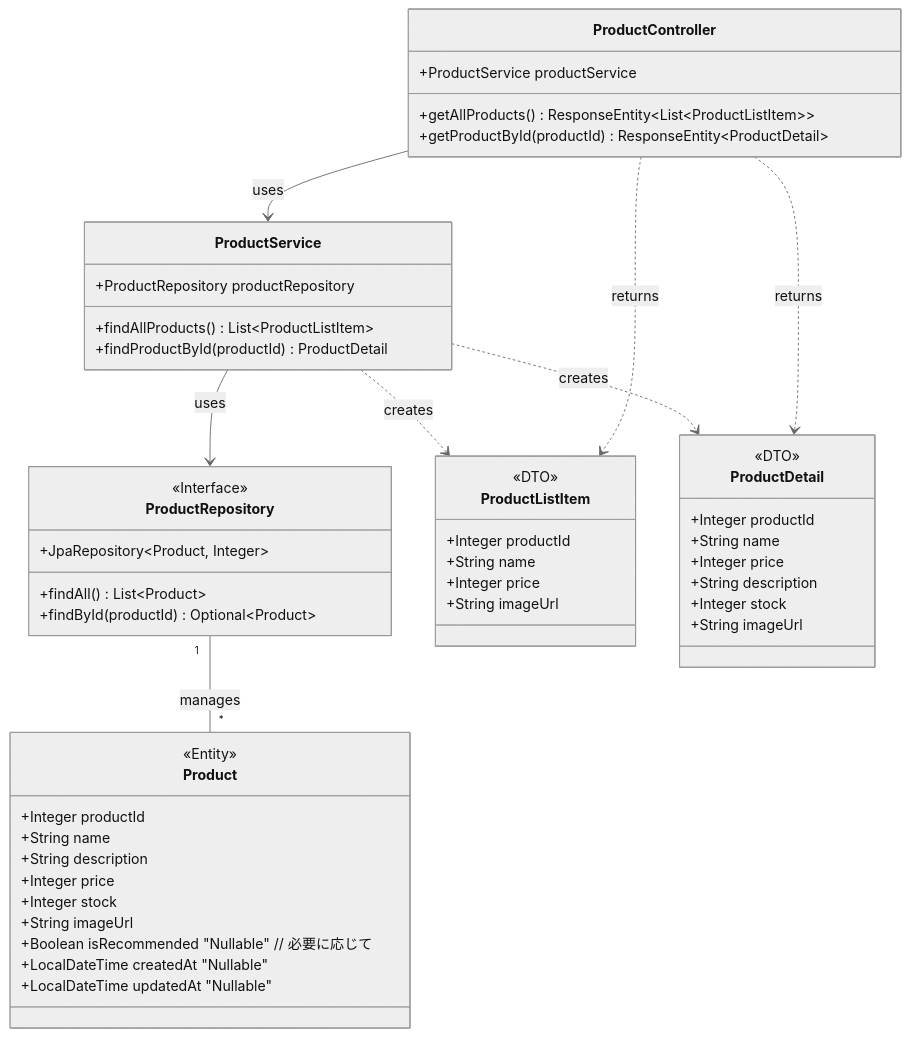
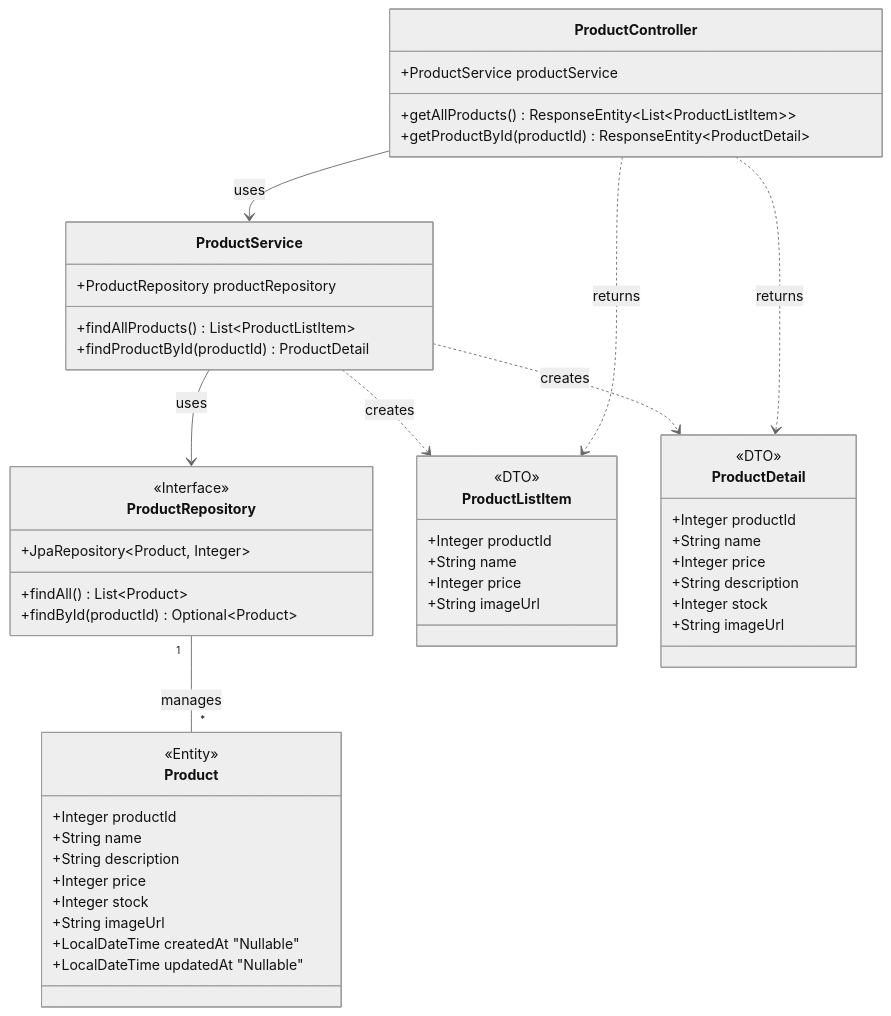
The eighth of 12 diagrams in 詳細設計書/詳細設計書.md (Rikumt12/Popcorn), drawn with Mermaid (neutral theme) before and after one commit.

Commit message:
山下

````diff
--- a/詳細設計書/詳細設計書.md
+++ b/詳細設計書/詳細設計書.md
@@ -358,55 +358,54 @@
 ```mermaid
 classDiagram
     class ProductController {
         +ProductService productService
         +getAllProducts() ResponseEntity~List~ProductListItem~~
         +getProductById(productId) ResponseEntity~ProductDetail~
     }
     class ProductService {
         +ProductRepository productRepository
         +findAllProducts() List~ProductListItem~
         +findProductById(productId) ProductDetail
     }
     class ProductRepository {
         <<Interface>>
         +JpaRepository~Product, Integer~
         +findAll() List~Product~
         +findById(productId) Optional~Product~
     }
     class Product {
         <<Entity>>
         +Integer productId
         +String name
         +String description
         +Integer price
         +Integer stock
         +String imageUrl
-        +Boolean isRecommended "Nullable" // 必要に応じて
         +LocalDateTime createdAt "Nullable"
         +LocalDateTime updatedAt "Nullable"
     }
     class ProductListItem {
         <<DTO>>
         +Integer productId
         +String name
         +Integer price
         +String imageUrl
     }
     class ProductDetail {
         <<DTO>>
         +Integer productId
         +String name
         +Integer price
         +String description
         +Integer stock
         +String imageUrl
     }
 
     ProductController --> ProductService : uses
     ProductService --> ProductRepository : uses
     ProductRepository "1" -- "*" Product : manages
     ProductService ..> ProductListItem : creates
     ProductService ..> ProductDetail : creates
     ProductController ..> ProductListItem : returns
     ProductController ..> ProductDetail : returns
 ```
````
